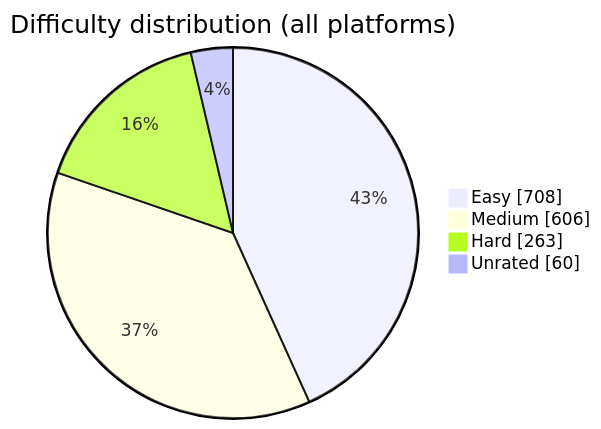
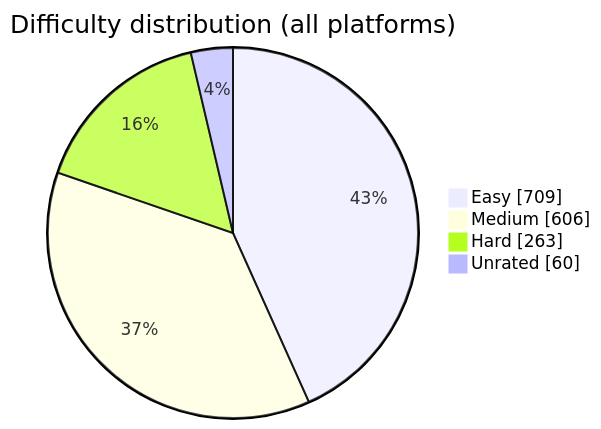
One commit to BuildbyArindam/Daily-Coding-Log changed the diagram in README.md. Above: the diagram before and after it, drawn with Mermaid. The commit also changed other lines of this file, not shown here.

````diff
--- a/README.md
+++ b/README.md
@@ -93,7 +93,7 @@
 ```mermaid
 pie showData title Difficulty distribution (all platforms)
-    "Easy" : 708
+    "Easy" : 709
     "Medium" : 606
     "Hard" : 263
     "Unrated" : 60
 ```
````
